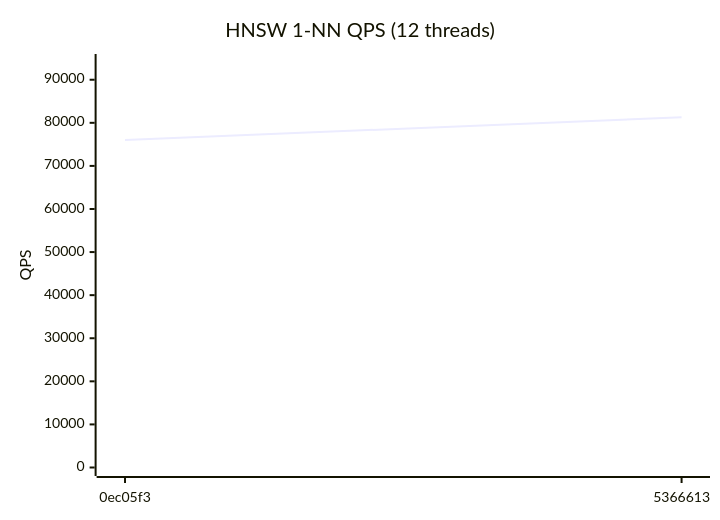
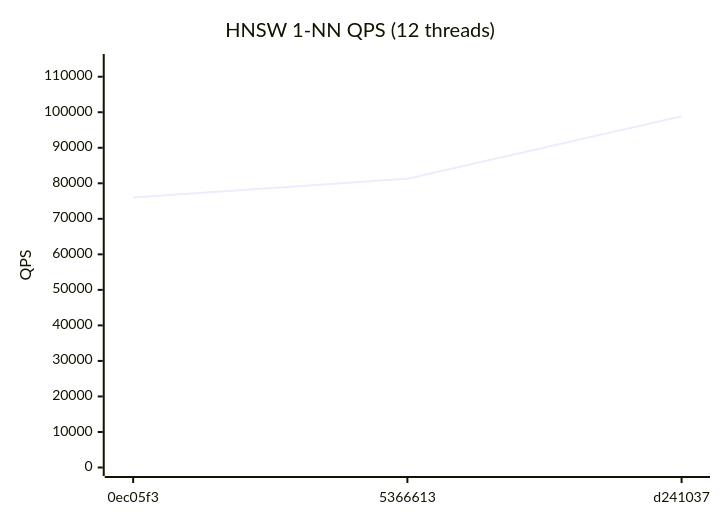
One commit to bibidhSubedi0/RedBoxDb changed the second of 4 diagrams in benchmarks/REPORT.md. Above: the diagram before and after it, drawn with Mermaid. The commit also changed other lines of this file and 1 other file, not shown here.

````diff
--- a/benchmarks/REPORT.md
+++ b/benchmarks/REPORT.md
@@ -29,7 +29,7 @@
 ```mermaid
 xychart-beta
   title "HNSW 1-NN QPS (12 threads)"
-  x-axis ["0ec05f3", "5366613"]
-  y-axis "QPS" 0 --> 94000
-  line [76009, 81296]
+  x-axis ["0ec05f3", "5366613", "d241037"]
+  y-axis "QPS" 0 --> 114000
+  line [76009, 81296, 98852]
 ```
````
